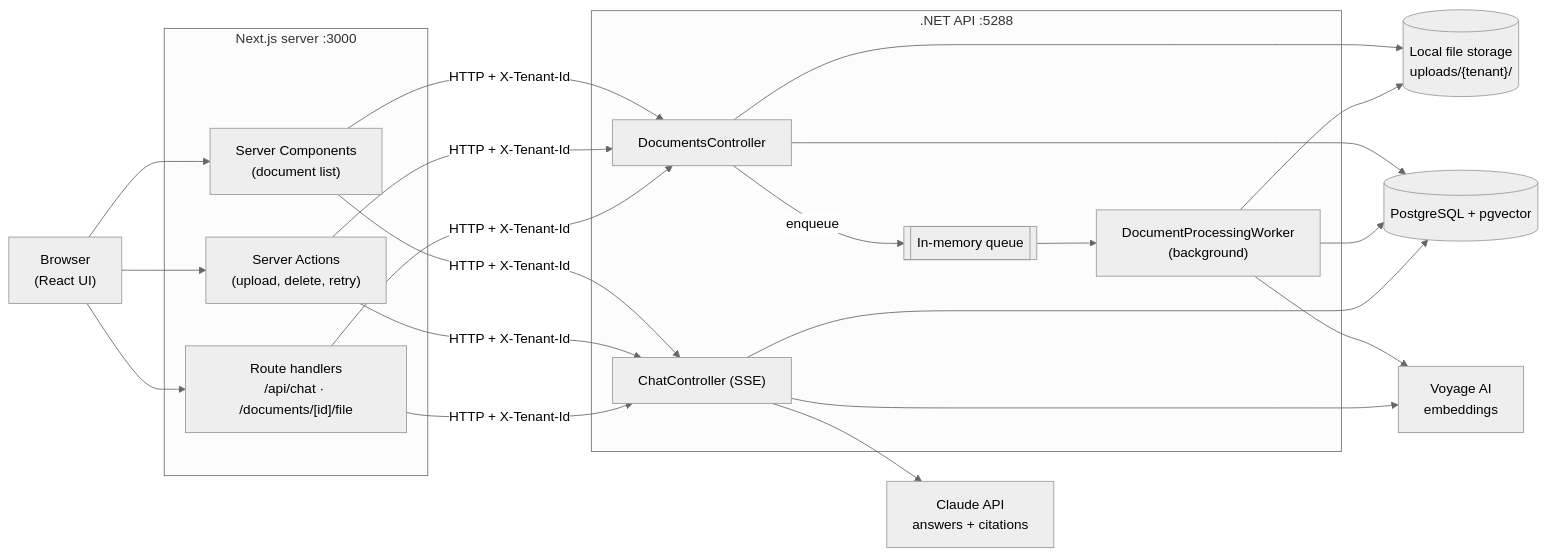
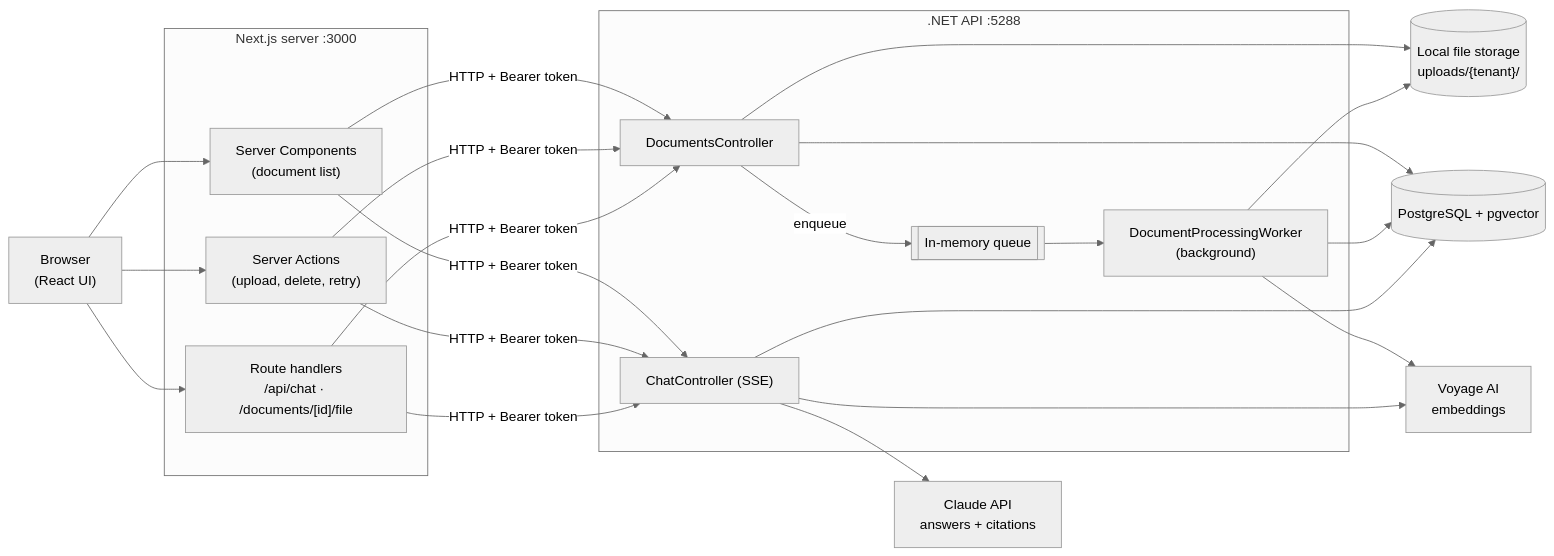
Before and after one commit to EISAGHANI/documind-ai: the first of 6 diagrams in README.md, drawn with Mermaid (neutral theme). The commit also changed other lines of this file and 41 other files, not shown here.

````diff
--- a/README.md
+++ b/README.md
@@ -84,29 +86,29 @@
 ```mermaid
 flowchart LR
     Browser["Browser<br/>(React UI)"]
 
     subgraph Next["Next.js server :3000"]
         Pages["Server Components<br/>(document list)"]
         Actions["Server Actions<br/>(upload, delete, retry)"]
         Routes["Route handlers<br/>/api/chat · /documents/[id]/file"]
     end
 
     subgraph Api[".NET API :5288"]
         DocsCtl["DocumentsController"]
         ChatCtl["ChatController (SSE)"]
         Worker["DocumentProcessingWorker<br/>(background)"]
         Queue[["In-memory queue"]]
     end
 
     Disk[("Local file storage<br/>uploads/{tenant}/")]
     DB[("PostgreSQL + pgvector")]
     Voyage["Voyage AI<br/>embeddings"]
     Claude["Claude API<br/>answers + citations"]
 
     Browser --> Pages & Actions & Routes
-    Pages & Actions & Routes -- "HTTP + X-Tenant-Id" --> DocsCtl & ChatCtl
+    Pages & Actions & Routes -- "HTTP + Bearer token" --> DocsCtl & ChatCtl
     DocsCtl --> Disk & DB
     DocsCtl -- enqueue --> Queue --> Worker
     Worker --> Disk & DB & Voyage
     ChatCtl --> DB & Voyage & Claude
 ```
````
